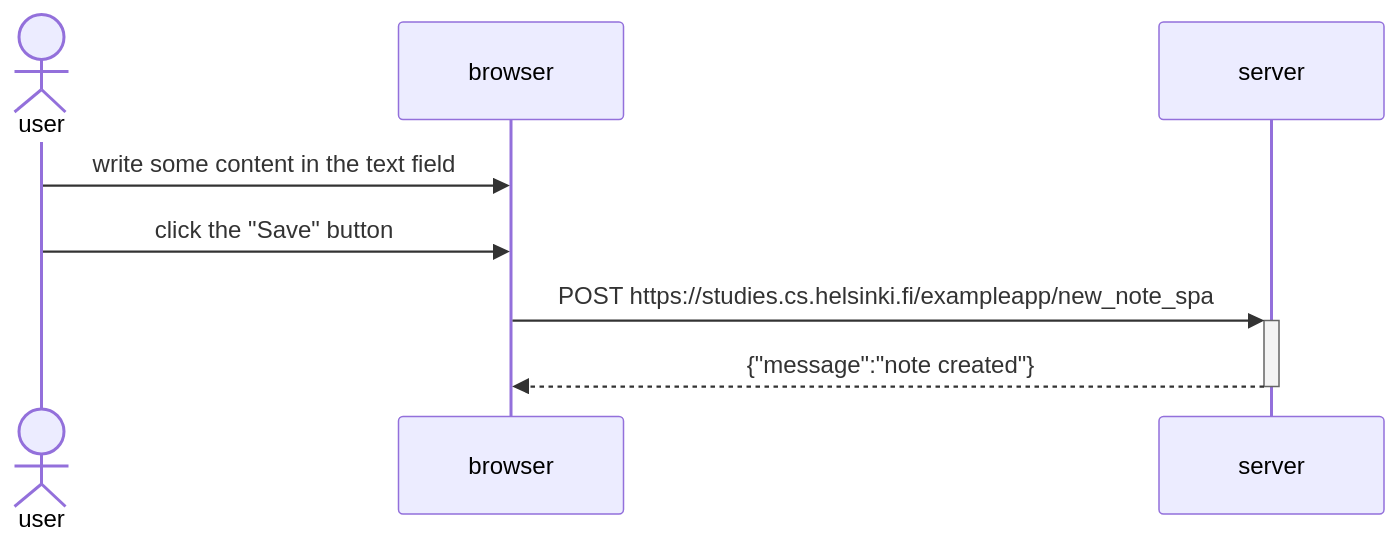
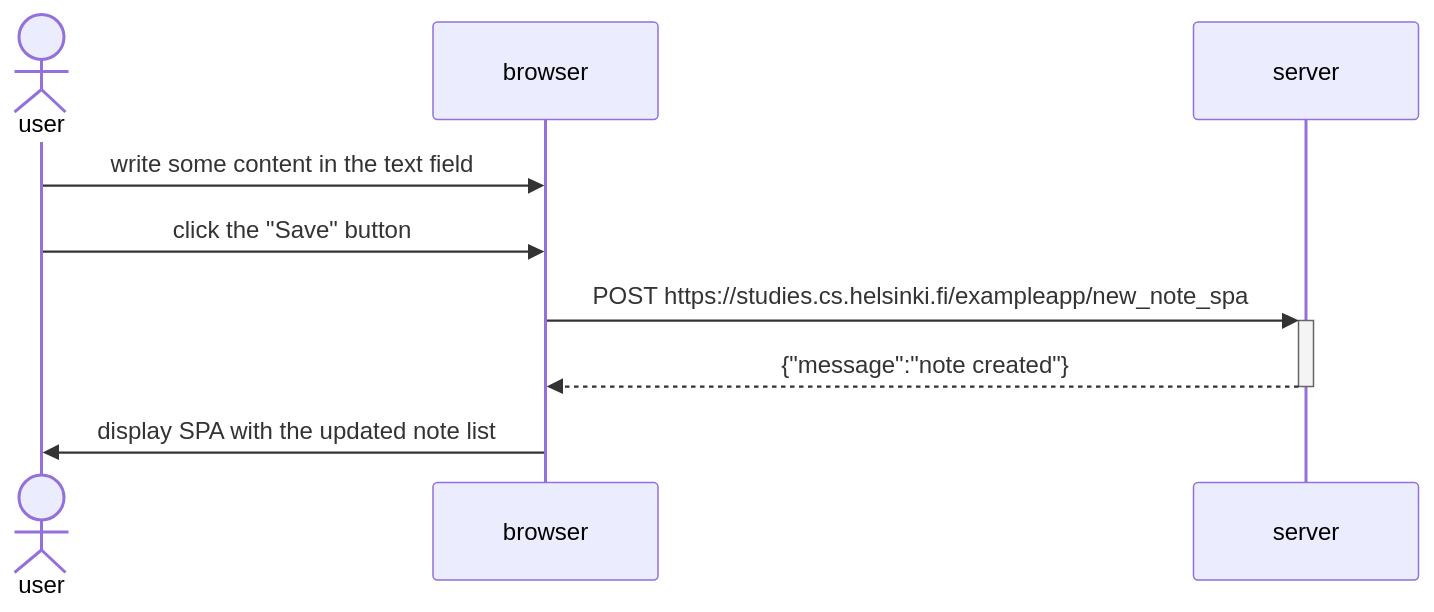
Before and after one commit to congthanh1999/FullStackOpen: the diagram in Part_0/NewNoteInSinglePageAppDiagram.md, drawn with Mermaid.

````diff
--- a/Part_0/NewNoteInSinglePageAppDiagram.md
+++ b/Part_0/NewNoteInSinglePageAppDiagram.md
@@ -1,13 +1,15 @@
 ```mermaid
       sequenceDiagram
       actor user
       participant browser
       participant server
 
       user->>browser: write some content in the text field
       user->>browser: click the "Save" button
 
       browser->>+server: POST https://studies.cs.helsinki.fi/exampleapp/new_note_spa
       server-->>-browser: {"message":"note created"}
 
+      browser->>user: display SPA with the updated note list
+
 ```
````
